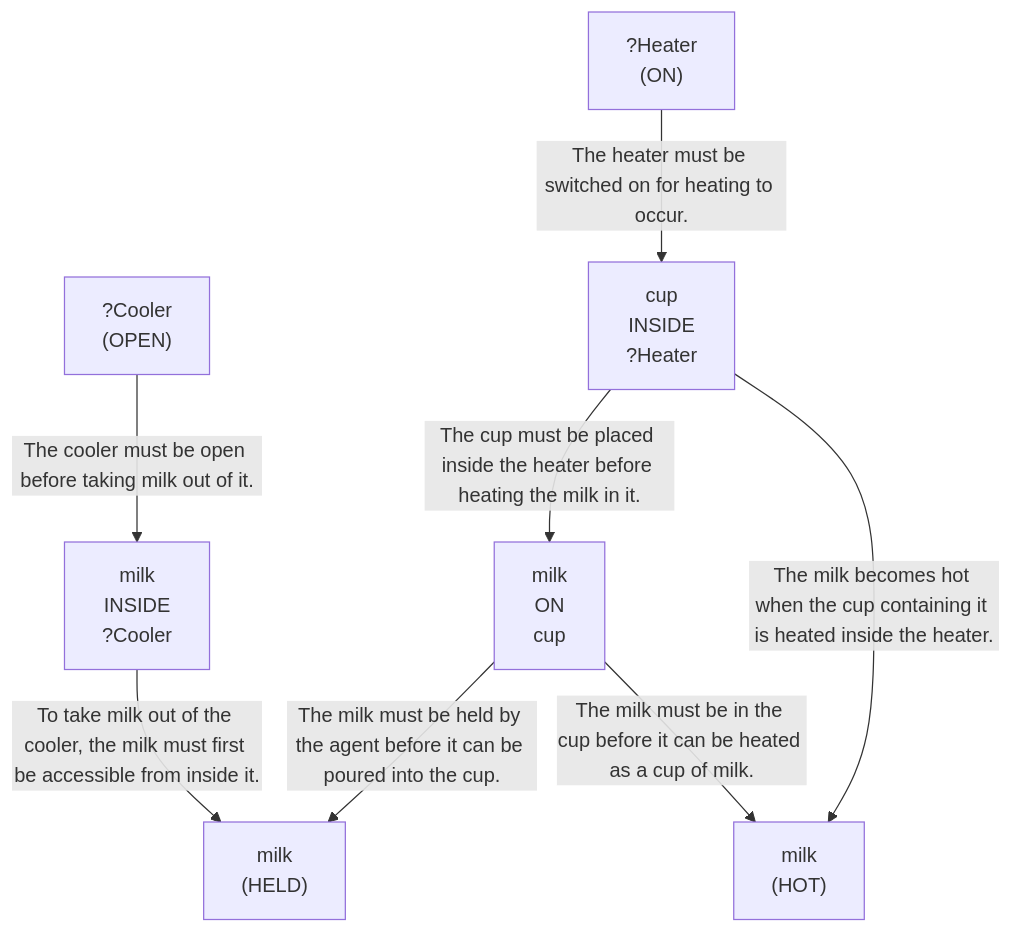
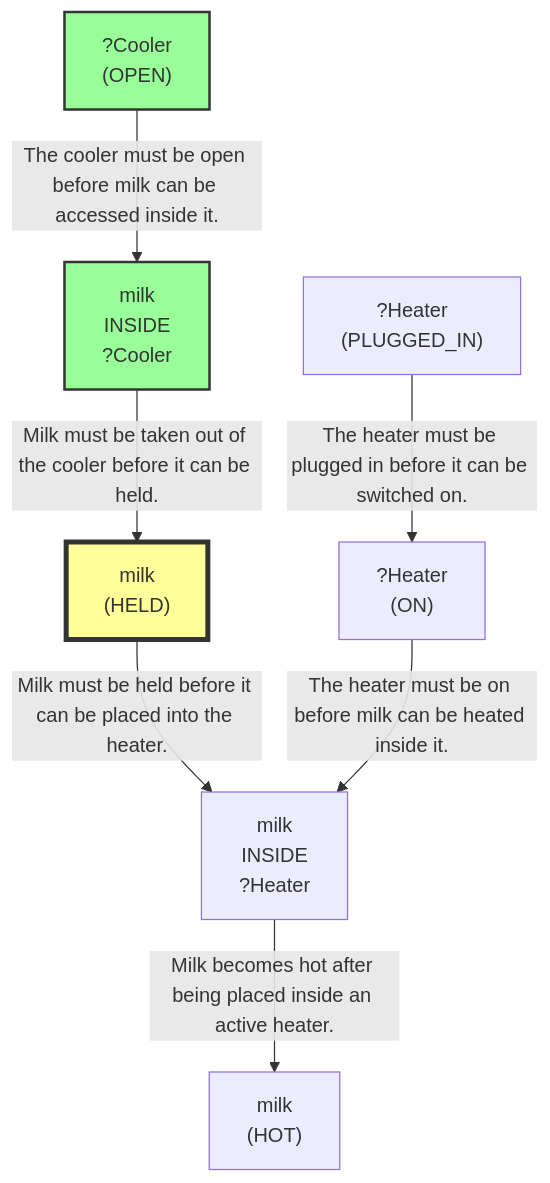
One commit to scuama/virtualhome changed the first of 7 diagrams in evaluation/results/table3/robostate/runs/without_goal_reasoning/G4_16/run_T3_without_goal_reasoning_G4_16.md. Above: the diagram before and after it, drawn with Mermaid. The commit also changed other lines of this file and 507 other files, not shown here.

````diff
--- a/evaluation/results/table3/robostate/runs/without_goal_reasoning/G4_16/run_T3_without_goal_reasoning_G4_16.md
+++ b/evaluation/results/table3/robostate/runs/without_goal_reasoning/G4_16/run_T3_without_goal_reasoning_G4_16.md
@@ -32,17 +64,19 @@
 ```mermaid
 graph TD
-    N1["milk<br>(HELD)"]
-    N2["milk<br>INSIDE<br>?Cooler"]
-    N3["?Cooler<br>(OPEN)"]
-    N4["milk<br>ON<br>cup"]
-    N5["cup<br>INSIDE<br>?Heater"]
-    N6["?Heater<br>(ON)"]
+    N1["?Heater<br>(ON)"]
+    N2["?Heater<br>(PLUGGED_IN)"]
+    N3["milk<br>INSIDE<br>?Cooler"]
+    style N3 fill:#9f9,stroke:#333,stroke-width:2px
+    N4["?Cooler<br>(OPEN)"]
+    style N4 fill:#9f9,stroke:#333,stroke-width:2px
+    N5["milk<br>(HELD)"]
+    style N5 fill:#ff9,stroke:#333,stroke-width:4px
+    N6["milk<br>INSIDE<br>?Heater"]
     N7["milk<br>(HOT)"]
-    N2 -->|"To take milk out of the cooler, the milk must first be accessible from inside it."| N1
-    N3 -->|"The cooler must be open before taking milk out of it."| N2
-    N4 -->|"The milk must be held by the agent before it can be poured into the cup."| N1
-    N5 -->|"The cup must be placed inside the heater before heating the milk in it."| N4
-    N6 -->|"The heater must be switched on for heating to occur."| N5
-    N5 -->|"The milk becomes hot when the cup containing it is heated inside the heater."| N7
-    N4 -->|"The milk must be in the cup before it can be heated as a cup of milk."| N7
+    N2 -->|"The heater must be plugged in before it can be switched on."| N1
+    N4 -->|"The cooler must be open before milk can be accessed inside it."| N3
+    N3 -->|"Milk must be taken out of the cooler before it can be held."| N5
+    N5 -->|"Milk must be held before it can be placed into the heater."| N6
+    N1 -->|"The heater must be on before milk can be heated inside it."| N6
+    N6 -->|"Milk becomes hot after being placed inside an active heater."| N7
 ```
````
